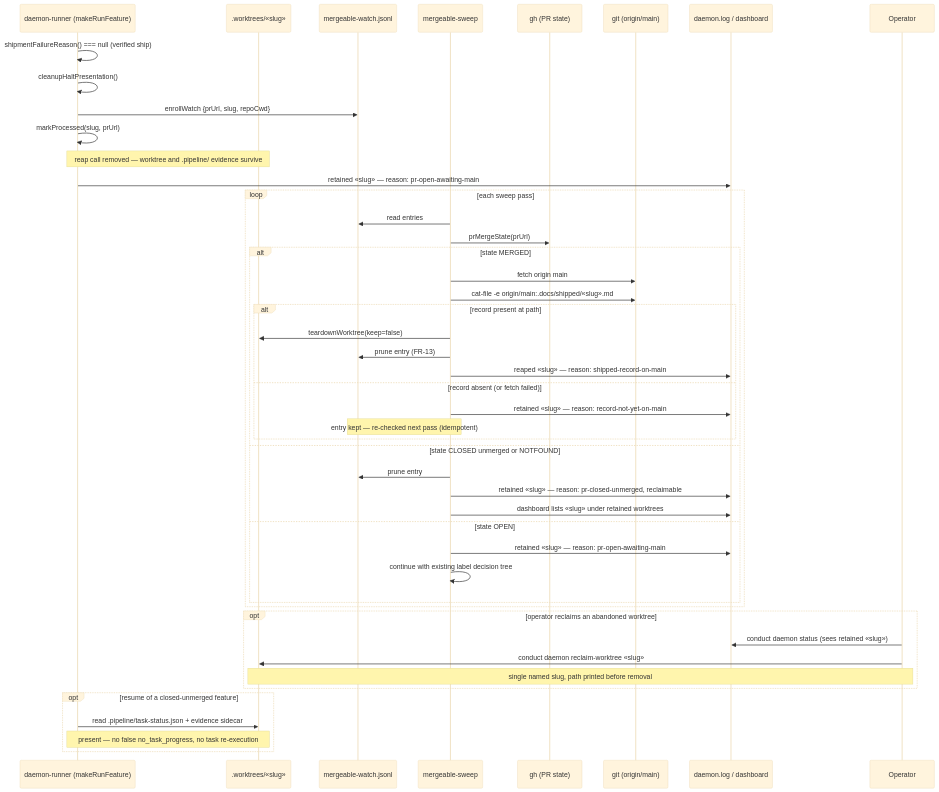
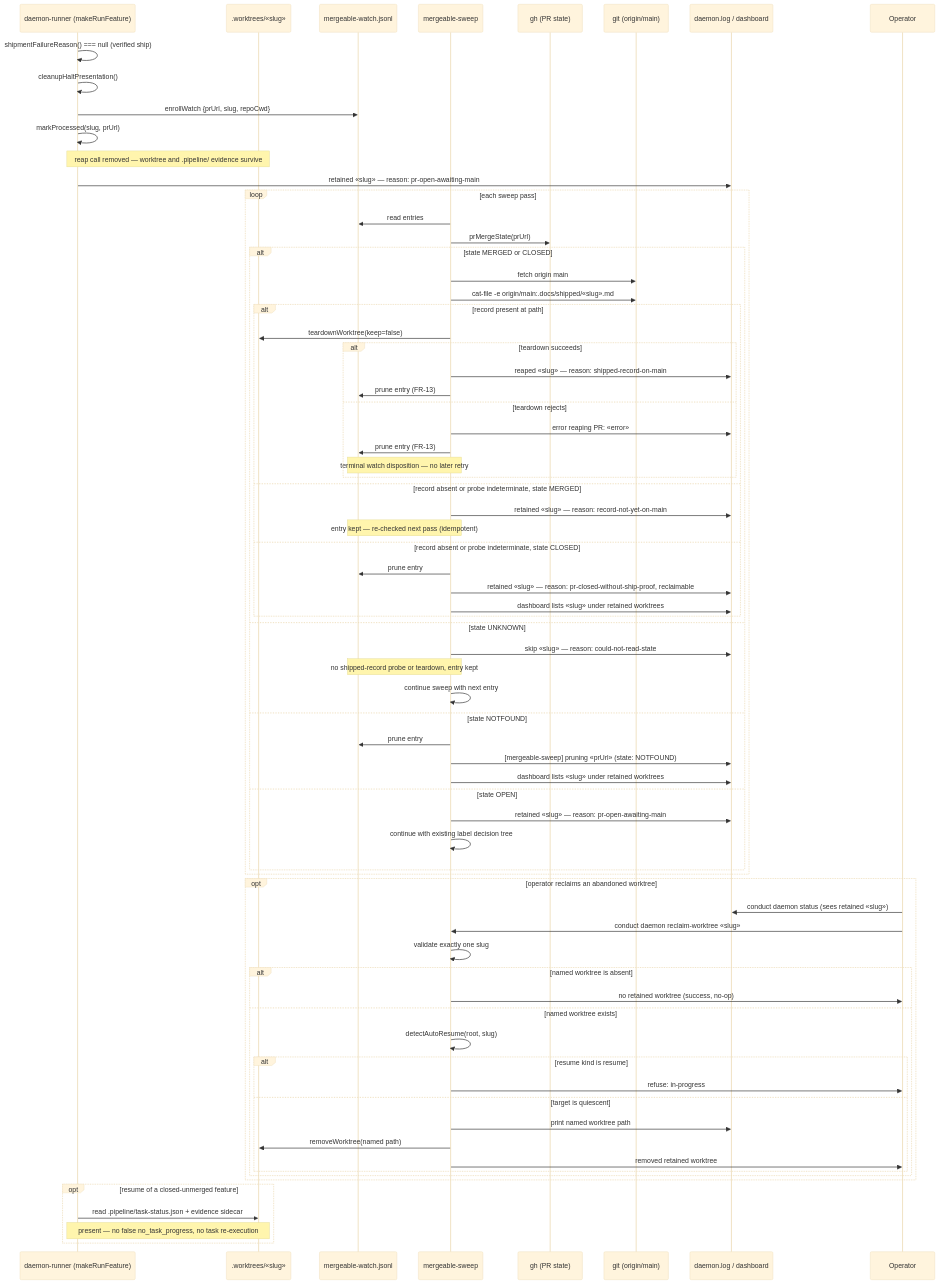
Before and after one commit to jstoup111/ai-conductor: the diagram in .docs/architecture/sequences/daemon-reaps-a-feature-worktree-at-pr-open-before-.md, drawn with Mermaid (base theme). The commit also changed other lines of this file and 24 other files, not shown here.

First line of the commit message:
Defer feature-worktree reap to shipped-record on main (#1157)

````diff
--- a/.docs/architecture/sequences/daemon-reaps-a-feature-worktree-at-pr-open-before-.md
+++ b/.docs/architecture/sequences/daemon-reaps-a-feature-worktree-at-pr-open-before-.md
@@ -10,53 +10,79 @@
 ```mermaid
 sequenceDiagram
     participant R as daemon-runner (makeRunFeature)
     participant W as .worktrees/«slug»
     participant REG as mergeable-watch.jsonl
     participant S as mergeable-sweep
     participant GH as gh (PR state)
     participant G as git (origin/main)
     participant L as daemon.log / dashboard
     participant OP as Operator
 
     R->>R: shipmentFailureReason() === null (verified ship)
     R->>R: cleanupHaltPresentation()
     R->>REG: enrollWatch {prUrl, slug, repoCwd}
     R->>R: markProcessed(slug, prUrl)
     Note over R,W: reap call removed — worktree and .pipeline/ evidence survive
     R->>L: retained «slug» — reason: pr-open-awaiting-main
 
     loop each sweep pass
         S->>REG: read entries
         S->>GH: prMergeState(prUrl)
-        alt state MERGED
+        alt state MERGED or CLOSED
             S->>G: fetch origin main
             S->>G: cat-file -e origin/main:.docs/shipped/«slug».md
             alt record present at path
                 S->>W: teardownWorktree(keep=false)
-                S->>REG: prune entry (FR-13)
-                S->>L: reaped «slug» — reason: shipped-record-on-main
-            else record absent (or fetch failed)
+                alt teardown succeeds
+                    S->>L: reaped «slug» — reason: shipped-record-on-main
+                    S->>REG: prune entry (FR-13)
+                else teardown rejects
+                    S->>L: error reaping PR: «error»
+                    S->>REG: prune entry (FR-13)
+                    Note over S,REG: terminal watch disposition — no later retry
+                end
+            else record absent or probe indeterminate, state MERGED
                 S->>L: retained «slug» — reason: record-not-yet-on-main
                 Note over S,REG: entry kept — re-checked next pass (idempotent)
+            else record absent or probe indeterminate, state CLOSED
+                S->>REG: prune entry
+                S->>L: retained «slug» — reason: pr-closed-without-ship-proof, reclaimable
+                S->>L: dashboard lists «slug» under retained worktrees
             end
-        else state CLOSED unmerged or NOTFOUND
+        else state UNKNOWN
+            S->>L: skip «slug» — reason: could-not-read-state
+            Note over S,REG: no shipped-record probe or teardown, entry kept
+            S->>S: continue sweep with next entry
+        else state NOTFOUND
             S->>REG: prune entry
-            S->>L: retained «slug» — reason: pr-closed-unmerged, reclaimable
+            S->>L: [mergeable-sweep] pruning «prUrl» (state: NOTFOUND)
             S->>L: dashboard lists «slug» under retained worktrees
         else state OPEN
             S->>L: retained «slug» — reason: pr-open-awaiting-main
             S->>S: continue with existing label decision tree
         end
     end
 
     opt operator reclaims an abandoned worktree
         OP->>L: conduct daemon status (sees retained «slug»)
-        OP->>W: conduct daemon reclaim-worktree «slug»
-        Note over OP,W: single named slug, path printed before removal
+        OP->>S: conduct daemon reclaim-worktree «slug»
+        S->>S: validate exactly one slug
+        alt named worktree is absent
+            S->>OP: no retained worktree (success, no-op)
+        else named worktree exists
+            S->>S: detectAutoResume(root, slug)
+            alt resume kind is resume
+                S->>OP: refuse: in-progress
+            else target is quiescent
+                S->>L: print named worktree path
+                S->>W: removeWorktree(named path)
+                S->>OP: removed retained worktree
+            end
+        end
     end
 
     opt resume of a closed-unmerged feature
         R->>W: read .pipeline/task-status.json + evidence sidecar
         Note over R,W: present — no false no_task_progress, no task re-execution
     end
 ```
````
